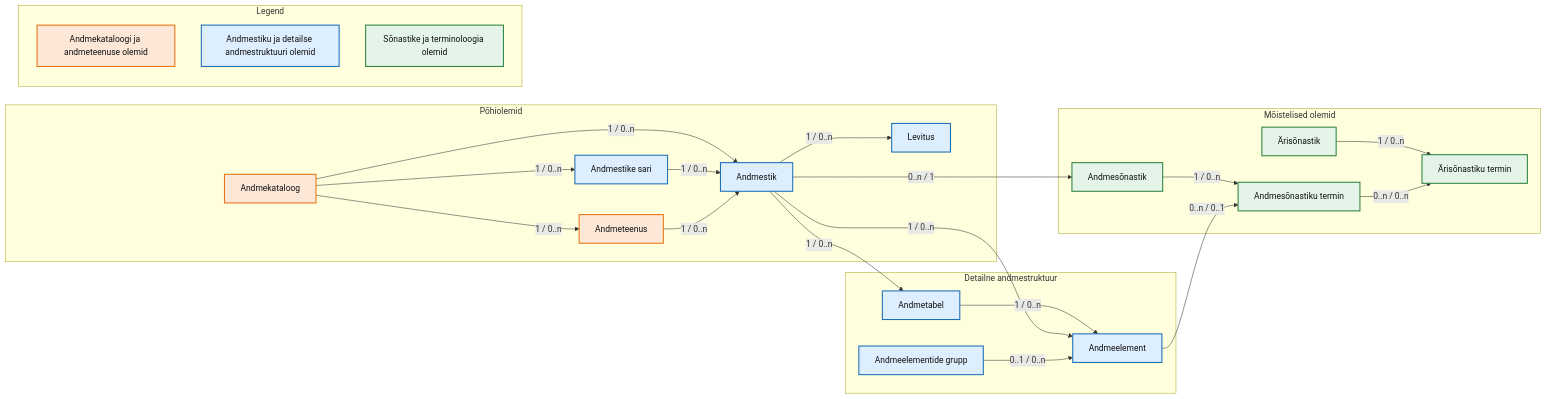
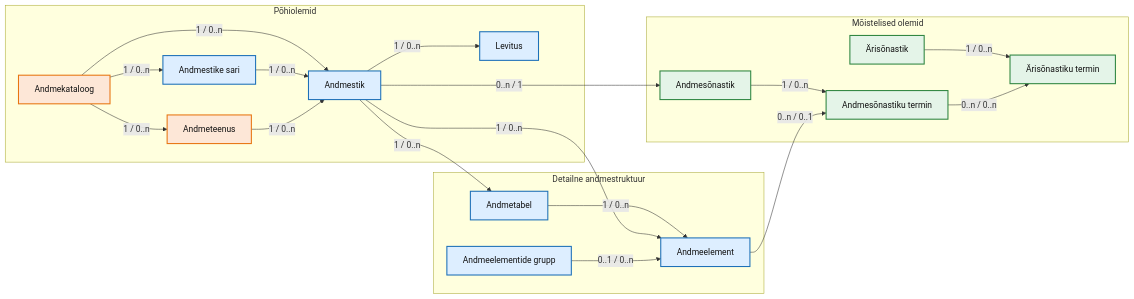
One commit to e-gov/Andmekirjelduse-Standard changed the diagram in docs/index.md. Above: the diagram before and after it, drawn with Mermaid. The commit also changed other lines of this file, not shown here.

Commit message:
Joonise muudatused

````diff
--- a/docs/index.md
+++ b/docs/index.md
@@ -126,78 +126,68 @@
 ```mermaid
 flowchart LR
 
   subgraph G1["Põhiolemid"]
     Kataloog["Andmekataloog"]
     Sari["Andmestike sari"]
     Andmestik["Andmestik"]
     Levitus["Levitus"]
     Teenus["Andmeteenus"]
   end
 
   subgraph G2["Detailne andmestruktuur"]
     Tabel["Andmetabel"]
     Element["Andmeelement"]
     Grupp["Andmeelementide grupp"]
   end
 
   subgraph G3["Mõistelised olemid"]
     Andmesonastik["Andmesõnastik"]
     AndmeTermin["Andmesõnastiku termin"]
     Arisonastik["Ärisõnastik"]
     AriTermin["Ärisõnastiku termin"]
-  end
-
-  subgraph G4["Legend"]
-    LegendOranz["Andmekataloogi ja andmeteenuse olemid"]
-    LegendSinine["Andmestiku ja detailse andmestruktuuri olemid"]
-    LegendRoheline["Sõnastike ja terminoloogia olemid"]
   end
 
   Kataloog -->|"1 / 0..n"| Sari
   Kataloog -->|"1 / 0..n"| Andmestik
   Kataloog -->|"1 / 0..n"| Teenus
 
   Sari -->|"1 / 0..n"| Andmestik
 
   Andmestik -->|"1 / 0..n"| Levitus
   Teenus -->|"1 / 0..n"| Andmestik
 
   Andmestik -->|"1 / 0..n"| Tabel
   Tabel -->|"1 / 0..n"| Element
   Andmestik -->|"1 / 0..n"| Element
 
   Grupp -->|"0..1 / 0..n"| Element
 
   Andmestik -->|"0..n / 1"| Andmesonastik
   Andmesonastik -->|"1 / 0..n"| AndmeTermin
   Arisonastik -->|"1 / 0..n"| AriTermin
 
   Element -->|"0..n / 0..1"| AndmeTermin
   AndmeTermin -->|"0..n / 0..n"| AriTermin
 
   classDef oranz fill:#FDE7D7,stroke:#E87511,stroke-width:2px,color:#111111;
   classDef sinine fill:#DDEEFF,stroke:#1D70B8,stroke-width:2px,color:#111111;
   classDef roheline fill:#E4F4E8,stroke:#2E8540,stroke-width:2px,color:#111111;
 
   class Kataloog,Teenus oranz;
   class Andmestik,Sari,Levitus,Tabel,Element,Grupp sinine;
   class Andmesonastik,AndmeTermin,Arisonastik,AriTermin roheline;
 
-  class LegendOranz oranz;
-  class LegendSinine sinine;
-  class LegendRoheline roheline;
-
   click Kataloog "#21-andmekataloogi-kirjeldus" "Ava andmekataloogi kirjeldus" _self
   click Andmestik "#22-andmestiku-kirjeldus" "Ava andmestiku kirjeldus" _self
   click Levitus "#23-andmestiku-levituse-kirjeldus" "Ava levituse kirjeldus" _self
   click Sari "#24-andmestike-sarja-kirjeldus" "Ava andmestike sarja kirjeldus" _self
   click Teenus "#25-andmeteenuse-kirjeldus" "Ava andmeteenuse kirjeldus" _self
   click Tabel "#26-andmebaasi-tabeli-kirjeldus" "Ava andmetabeli kirjeldus" _self
   click Element "#27-andmeelemendi-kirjeldus" "Ava andmeelemendi kirjeldus" _self
   click Grupp "#28-andmeelementide-grupp" "Ava andmeelementide grupi kirjeldus" _self
   click Andmesonastik "#31-andmesonastiku-kirjeldus" "Ava andmesõnastiku kirjeldus" _self
   click AndmeTermin "#32-andmesonastiku-termini-kirjeldus" "Ava andmesõnastiku termini kirjeldus" _self
   click Arisonastik "#33-arisonastiku-kirjeldus" "Ava ärisõnastiku kirjeldus" _self
   click AriTermin "#34-arisonastiku-termini-kirjeldus" "Ava ärisõnastiku termini kirjeldus" _self
 
 ```
````
